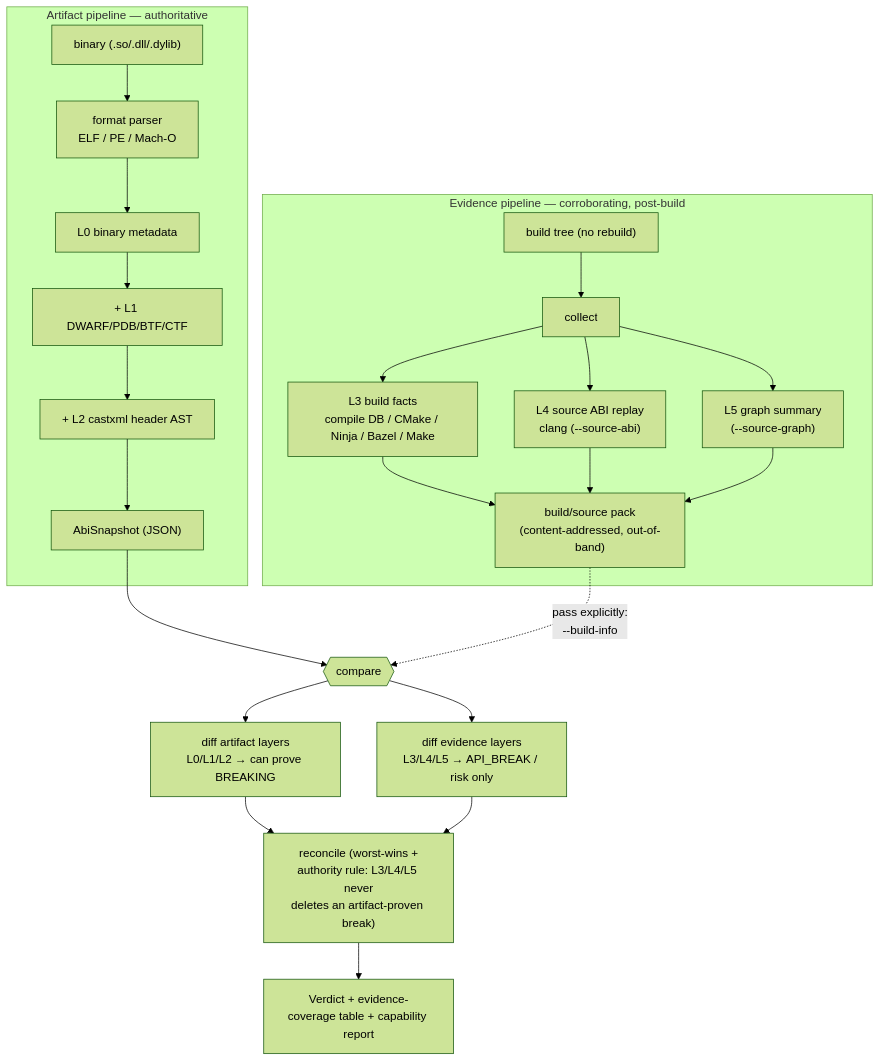
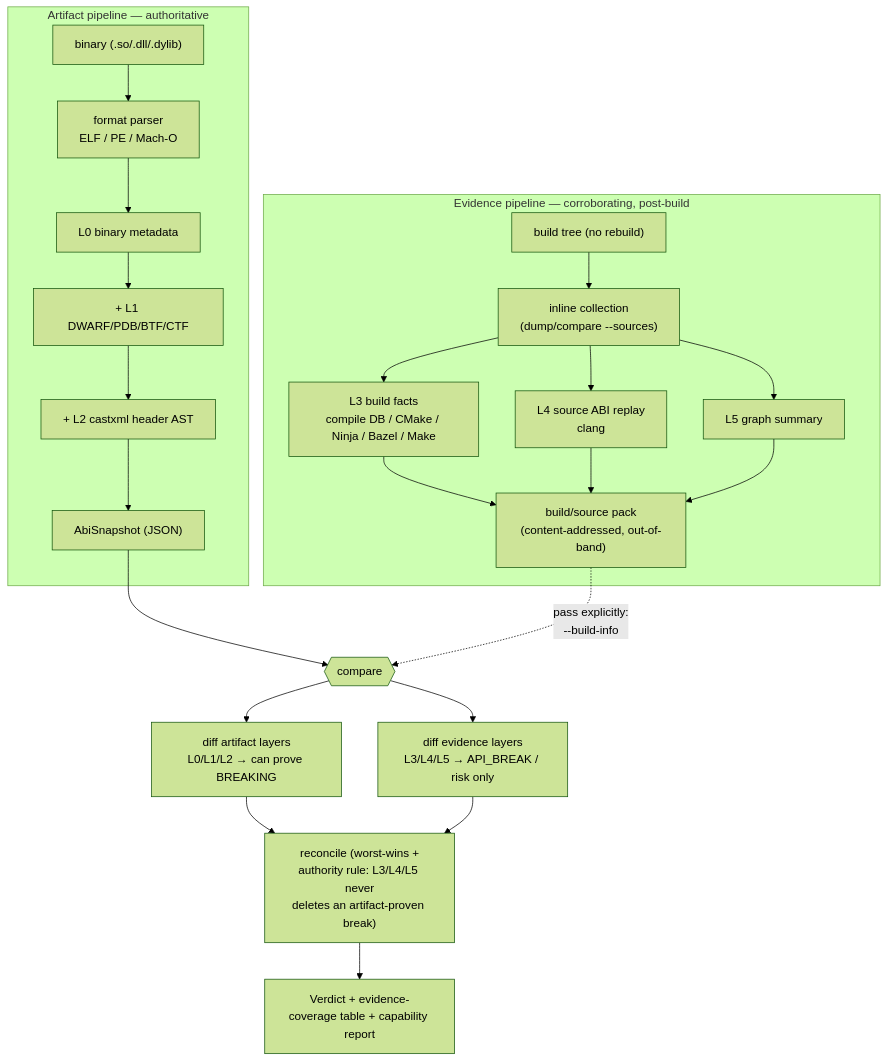
Before and after one commit to abicheck/abicheck: the diagram in docs/learn/build-source-data.md, drawn with Mermaid (forest theme). The commit also changed other lines of this file and 2 other files, not shown here.

First line of the commit message:
docs: fix stale --source-abi flag and wrong exit-2 CI guidance

````diff
--- a/docs/learn/build-source-data.md
+++ b/docs/learn/build-source-data.md
@@ -258,28 +260,28 @@
 ```mermaid
 flowchart TD
     subgraph artifact["Artifact pipeline — authoritative"]
       BIN["binary (.so/.dll/.dylib)"] --> P["format parser<br/>ELF / PE / Mach-O"]
       P --> L0["L0 binary metadata"]
       L0 --> L1["+ L1 DWARF/PDB/BTF/CTF"]
       L1 --> L2["+ L2 castxml header AST"]
       L2 --> SNAP["AbiSnapshot (JSON)"]
     end
 
     subgraph evidence["Evidence pipeline — corroborating, post-build"]
-      BT["build tree (no rebuild)"] --> CE["collect"]
+      BT["build tree (no rebuild)"] --> CE["inline collection<br/>(dump/compare --sources)"]
       CE --> L3["L3 build facts<br/>compile DB / CMake / Ninja / Bazel / Make"]
-      CE --> L4["L4 source ABI replay<br/>clang (--source-abi)"]
-      CE --> L5["L5 graph summary<br/>(--source-graph)"]
+      CE --> L4["L4 source ABI replay<br/>clang"]
+      CE --> L5["L5 graph summary"]
       L3 --> PACK["build/source pack<br/>(content-addressed, out-of-band)"]
       L4 --> PACK
       L5 --> PACK
     end
 
     SNAP --> CMP{{"compare"}}
     PACK -. "pass explicitly:<br/>--build-info" .-> CMP
     CMP --> DIFFA["diff artifact layers<br/>L0/L1/L2 → can prove BREAKING"]
     CMP --> DIFFE["diff evidence layers<br/>L3/L4/L5 → API_BREAK / risk only"]
     DIFFA --> REC["reconcile (worst-wins +<br/>authority rule: L3/L4/L5 never<br/>deletes an artifact-proven break)"]
     DIFFE --> REC
     REC --> OUT["Verdict + evidence-coverage table + capability report"]
 ```
````
